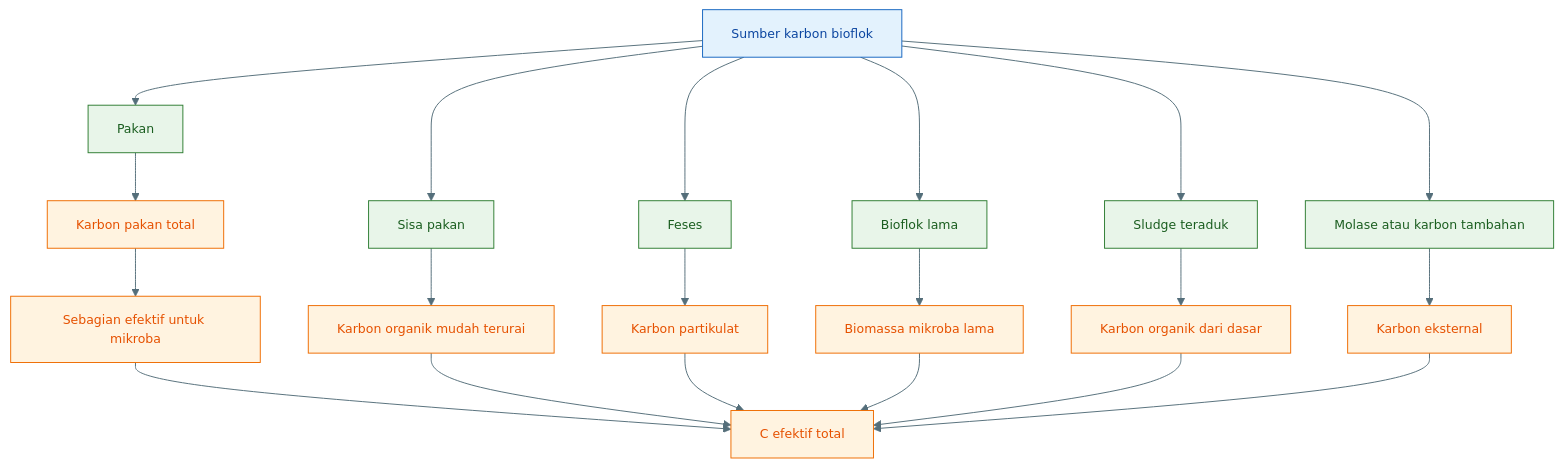
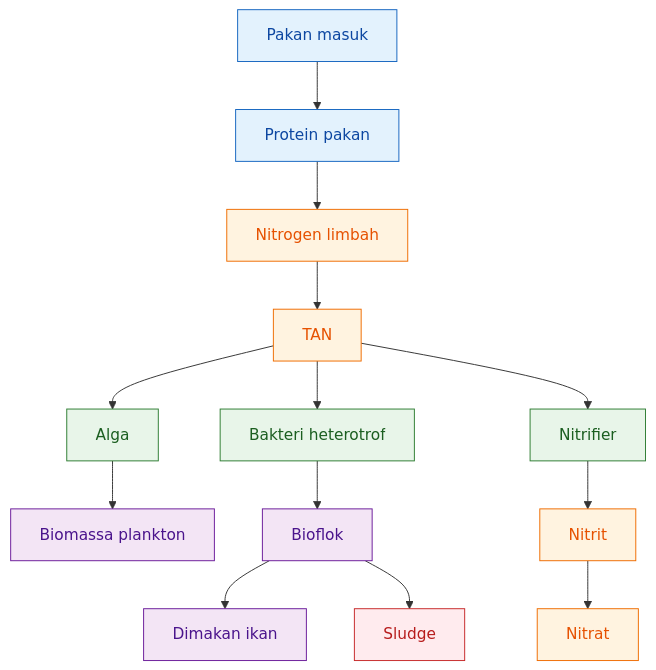
The first of 22 diagrams in content/blog/agri/perikanan/ratio-cn-rendah-biflok.mdx (slametsampon/kawruhnology), drawn with Mermaid before and after one commit. The commit also changed other lines of this file, not shown here.

````diff
--- a/content/blog/agri/perikanan/ratio-cn-rendah-biflok.mdx
+++ b/content/blog/agri/perikanan/ratio-cn-rendah-biflok.mdx
@@ -237,46 +227,27 @@
-```mermaid id="sumber-karbon-bioflok"
-%%{init: {'theme':'base','themeVariables':{
-'primaryColor':'#E3F2FD',
-'primaryTextColor':'#0D47A1',
-'primaryBorderColor':'#1565C0',
-'secondaryColor':'#E8F5E9',
-'secondaryTextColor':'#1B5E20',
-'secondaryBorderColor':'#2E7D32',
-'tertiaryColor':'#FFF3E0',
-'tertiaryTextColor':'#E65100',
-'tertiaryBorderColor':'#EF6C00',
-'lineColor':'#546E7A',
-'fontSize':'13px'
-}}}%%
+```mermaid
 flowchart TD
-    A["Sumber karbon bioflok"] --> B["Pakan"]
-    A --> C["Sisa pakan"]
-    A --> D["Feses"]
-    A --> E["Bioflok lama"]
-    A --> F["Sludge teraduk"]
-    A --> G["Molase atau karbon tambahan"]
+    A["Pakan masuk"] --> B["Protein pakan"]
+    B --> C["Nitrogen limbah"]
+    C --> D["TAN"]
+    D --> E["Alga"]
+    D --> F["Bakteri heterotrof"]
+    D --> G["Nitrifier"]
+    E --> H["Biomassa plankton"]
+    F --> I["Bioflok"]
+    G --> J["Nitrit"]
+    J --> K["Nitrat"]
+    I --> L["Dimakan ikan"]
+    I --> M["Sludge"]
 
-    B --> H["Karbon pakan total"]
-    H --> I["Sebagian efektif untuk mikroba"]
+    classDef input fill:#e3f2fd,stroke:#1565c0,color:#0d47a1;
+    classDef waste fill:#fff3e0,stroke:#ef6c00,color:#e65100;
+    classDef microbe fill:#e8f5e9,stroke:#2e7d32,color:#1b5e20;
+    classDef risk fill:#ffebee,stroke:#c62828,color:#b71c1c;
+    classDef output fill:#f3e5f5,stroke:#6a1b9a,color:#4a148c;
 
-    C --> J["Karbon organik mudah terurai"]
-    D --> K["Karbon partikulat"]
-    E --> L["Biomassa mikroba lama"]
-    F --> M["Karbon organik dari dasar"]
-    G --> N["Karbon eksternal"]
-
-    I --> O["C efektif total"]
-    J --> O
-    K --> O
-    L --> O
-    M --> O
-    N --> O
-
-    classDef root fill:#E3F2FD,stroke:#1565C0,color:#0D47A1;
-    classDef source fill:#E8F5E9,stroke:#2E7D32,color:#1B5E20;
-    classDef carbon fill:#FFF3E0,stroke:#EF6C00,color:#E65100;
-
-    class A root;
-    class B,C,D,E,F,G source;
-    class H,I,J,K,L,M,N,O carbon;
+    class A,B input;
+    class C,D,J,K waste;
+    class E,F,G microbe;
+    class M risk;
+    class H,I,L output;
 ```
````
